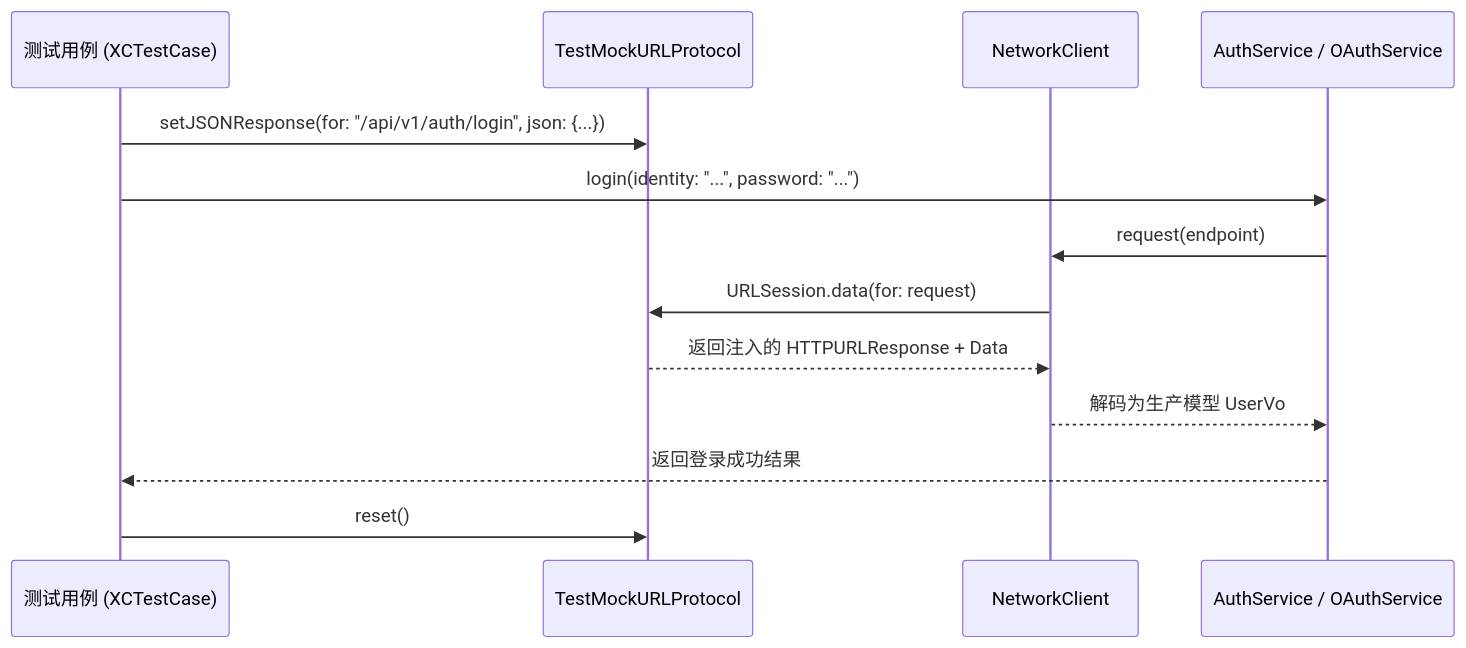
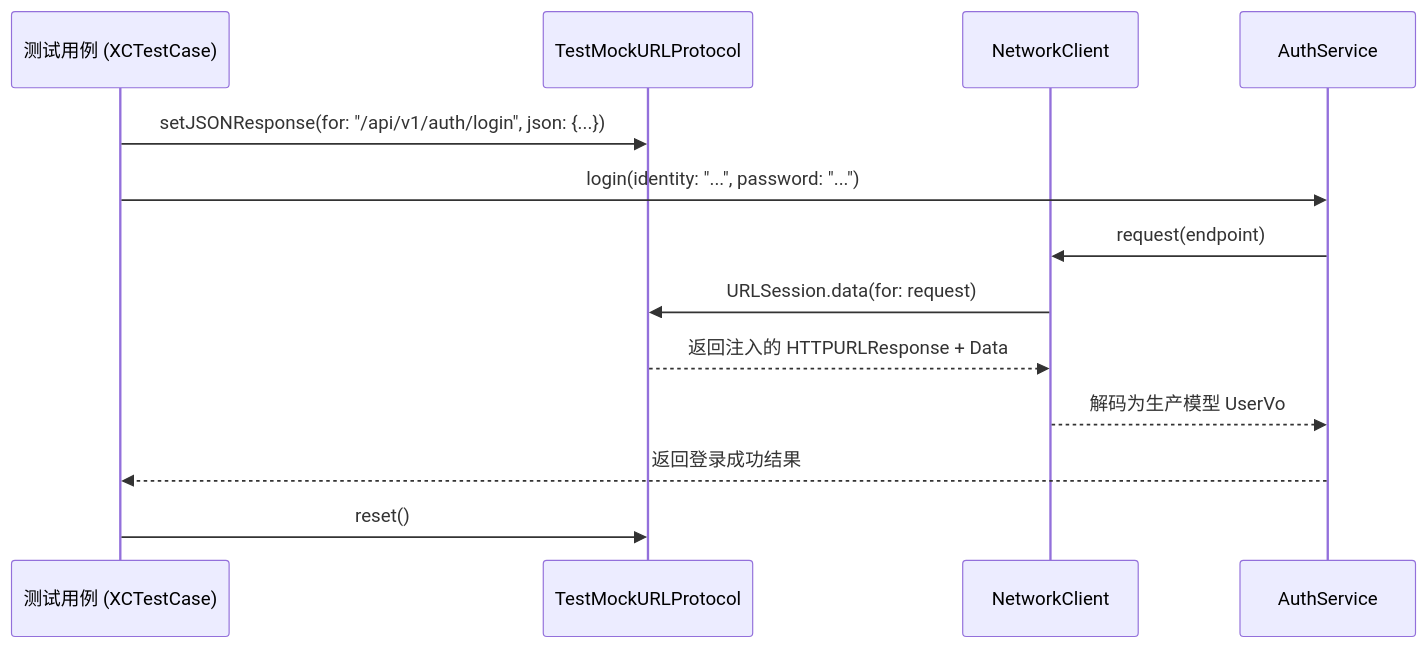
One commit to wangchong2023/ZhiYu changed the diagram in Docs/Testing/MOCK_URL_PROTOCOL_GUIDE.md. Above: the diagram before and after it, drawn with Mermaid. The commit also changed other lines of this file and 2 other files, not shown here.

Commit message:
fix: 修复 static-analysis 门禁（Magic Strings + Doc Drift）
- ModelLabManager 演示色改用 MockColorName（审计豁免的 typealias），消除硬编码 SwiftUI 系统色
- 移除两个测试文档中不存在的 OAuthService 幽灵引用（OAuth 已并入 AuthService）

````diff
--- a/Docs/Testing/MOCK_URL_PROTOCOL_GUIDE.md
+++ b/Docs/Testing/MOCK_URL_PROTOCOL_GUIDE.md
@@ -38,16 +38,16 @@
 ```mermaid
 sequenceDiagram
     participant Test as 测试用例 (XCTestCase)
     participant Mock as TestMockURLProtocol
     participant Client as NetworkClient
-    participant Service as AuthService / OAuthService
+    participant Service as AuthService
 
     Test->>Mock: setJSONResponse(for: "/api/v1/auth/login", json: {...})
     Test->>Service: login(identity: "...", password: "...")
     Service->>Client: request(endpoint)
     Client->>Mock: URLSession.data(for: request)
     Mock-->>Client: 返回注入的 HTTPURLResponse + Data
     Client-->>Service: 解码为生产模型 UserVo
     Service-->>Test: 返回登录成功结果
     Test->>Mock: reset()
 ```
````
